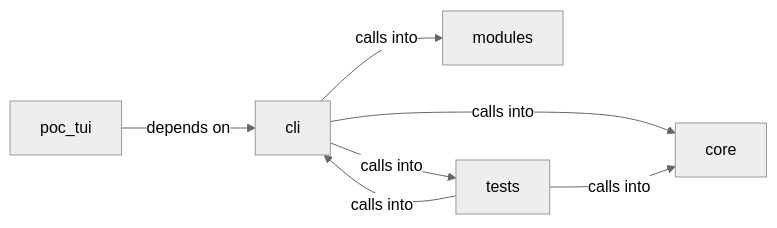
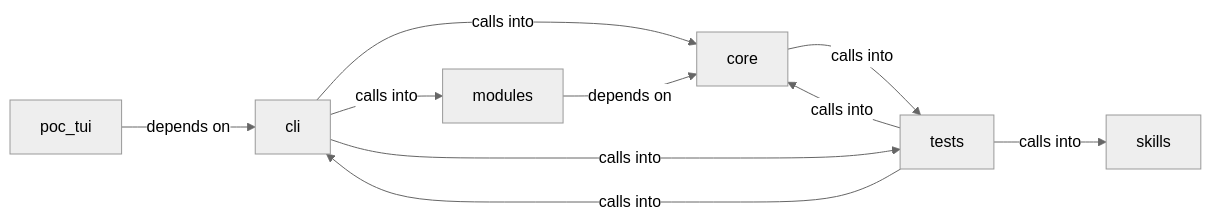
Before and after one commit to grisuno/LazyOwn: the diagram in readmenator-diagrams/cli_status_bar.md, drawn with Mermaid (neutral theme). The commit also changed other lines of this file and 1160 other files, not shown here.

````diff
--- a/readmenator-diagrams/cli_status_bar.md
+++ b/readmenator-diagrams/cli_status_bar.md
@@ -5,14 +5,18 @@
 ```mermaid
 graph LR
     cli["cli"]
     core["core"]
     modules["modules"]
     poc_tui["poc_tui"]
+    skills["skills"]
     tests["tests"]
     cli -- "calls into" --> core
     cli -- "calls into" --> modules
     cli -- "calls into" --> tests
+    core -- "calls into" --> tests
+    modules -- "depends on" --> core
     poc_tui -- "depends on" --> cli
     tests -- "calls into" --> cli
     tests -- "calls into" --> core
+    tests -- "calls into" --> skills
 ```
````
